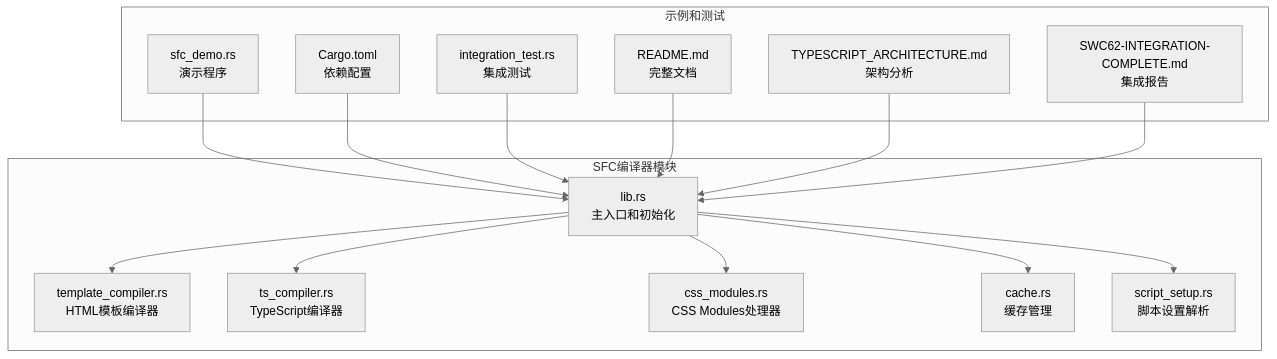
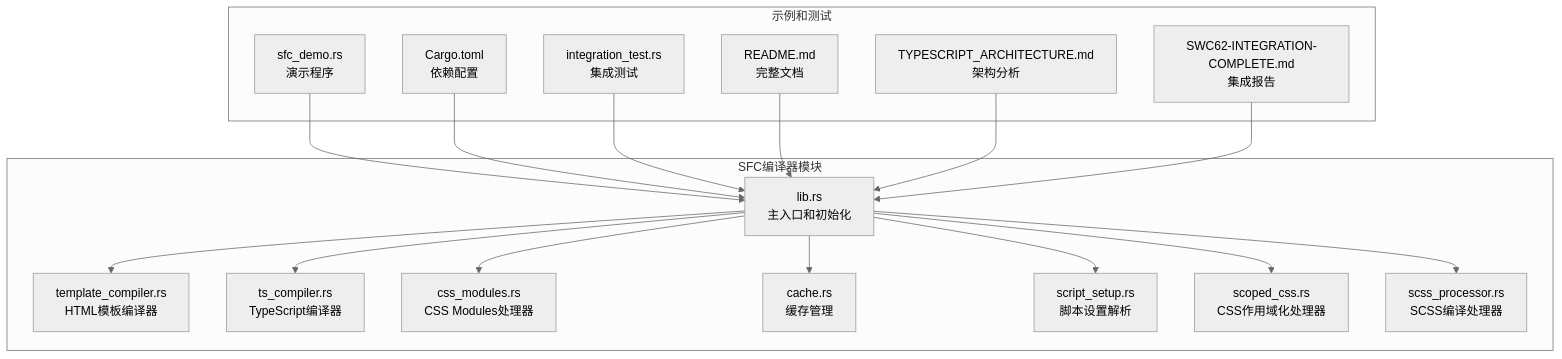
The first of 27 diagrams in .qoder/repowiki/zh/content/技术架构详解/即时转译系统/SFC编译器初始化机制/SFC编译器初始化机制.md (itszzl-sudo/iris), drawn with Mermaid (neutral theme) before and after one commit. The commit also changed other lines of this file and 10 other files, not shown here.

````diff
--- a/.qoder/repowiki/zh/content/技术架构详解/即时转译系统/SFC编译器初始化机制/SFC编译器初始化机制.md
+++ b/.qoder/repowiki/zh/content/技术架构详解/即时转译系统/SFC编译器初始化机制/SFC编译器初始化机制.md
@@ -59,30 +61,34 @@
 ```mermaid
 graph TB
 subgraph "SFC编译器模块"
 A[lib.rs<br/>主入口和初始化]
 B[template_compiler.rs<br/>HTML模板编译器]
 C[ts_compiler.rs<br/>TypeScript编译器]
 D[css_modules.rs<br/>CSS Modules处理器]
 E[cache.rs<br/>缓存管理]
 F[script_setup.rs<br/>脚本设置解析]
+G[scoped_css.rs<br/>CSS作用域化处理器]
+H[scss_processor.rs<br/>SCSS编译处理器]
 end
 subgraph "示例和测试"
-G[sfc_demo.rs<br/>演示程序]
-H[Cargo.toml<br/>依赖配置]
-I[integration_test.rs<br/>集成测试]
-J[README.md<br/>完整文档]
-K[TYPESCRIPT_ARCHITECTURE.md<br/>架构分析]
-L[SWC62-INTEGRATION-COMPLETE.md<br/>集成报告]
+I[sfc_demo.rs<br/>演示程序]
+J[Cargo.toml<br/>依赖配置]
+K[integration_test.rs<br/>集成测试]
+L[README.md<br/>完整文档]
+M[TYPESCRIPT_ARCHITECTURE.md<br/>架构分析]
+N[SWC62-INTEGRATION-COMPLETE.md<br/>集成报告]
 end
 A --> B
 A --> C
 A --> D
 A --> E
 A --> F
-G --> A
-H --> A
+A --> G
+A --> H
 I --> A
 J --> A
 K --> A
 L --> A
+M --> A
+N --> A
 ```
````
